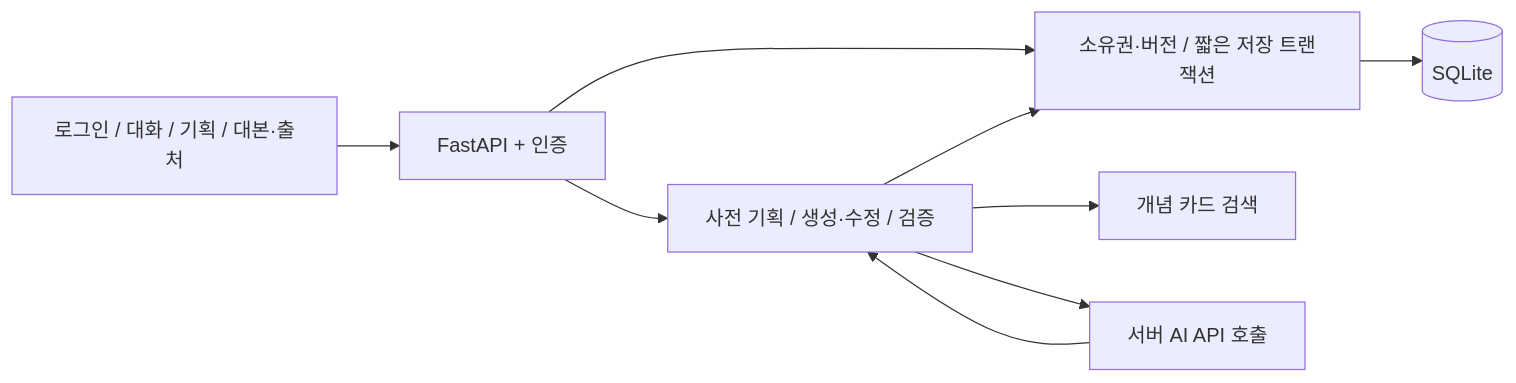
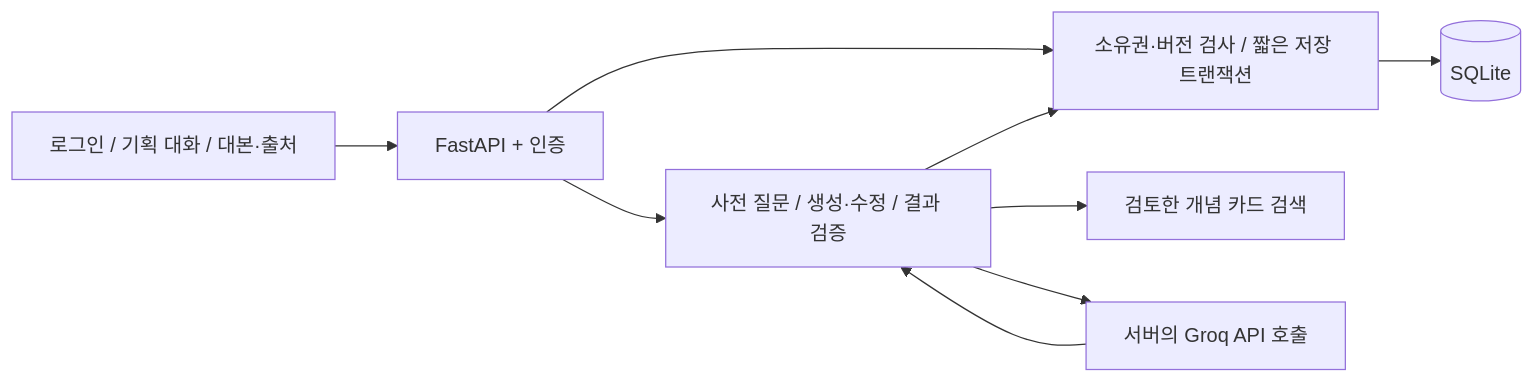
One commit to bidulgiya999/codyssey_work_B7-1-team- changed the diagram in README.md. Above: the diagram before and after it, drawn with Mermaid. The commit also changed other lines of this file and 105 other files, not shown here.

````diff
--- a/README.md
+++ b/README.md
@@ -40,11 +36,11 @@
 ```mermaid
 flowchart LR
-    UI[로그인 / 대화 / 기획 / 대본·출처] --> API[FastAPI + 인증]
-    API --> STORE[소유권·버전 / 짧은 저장 트랜잭션]
+    UI[로그인 / 기획 대화 / 대본·출처] --> API[FastAPI + 인증]
+    API --> STORE[소유권·버전 검사 / 짧은 저장 트랜잭션]
     STORE --> DB[(SQLite)]
-    API --> COACH[사전 기획 / 생성·수정 / 검증]
-    COACH --> KB[개념 카드 검색]
-    COACH --> AI[서버 AI API 호출]
-    AI --> COACH
+    API --> COACH[사전 질문 / 생성·수정 / 결과 검증]
+    COACH --> KB[검토한 개념 카드 검색]
+    COACH --> GROQ[서버의 Groq API 호출]
+    GROQ --> COACH
     COACH --> STORE
 ```
````
